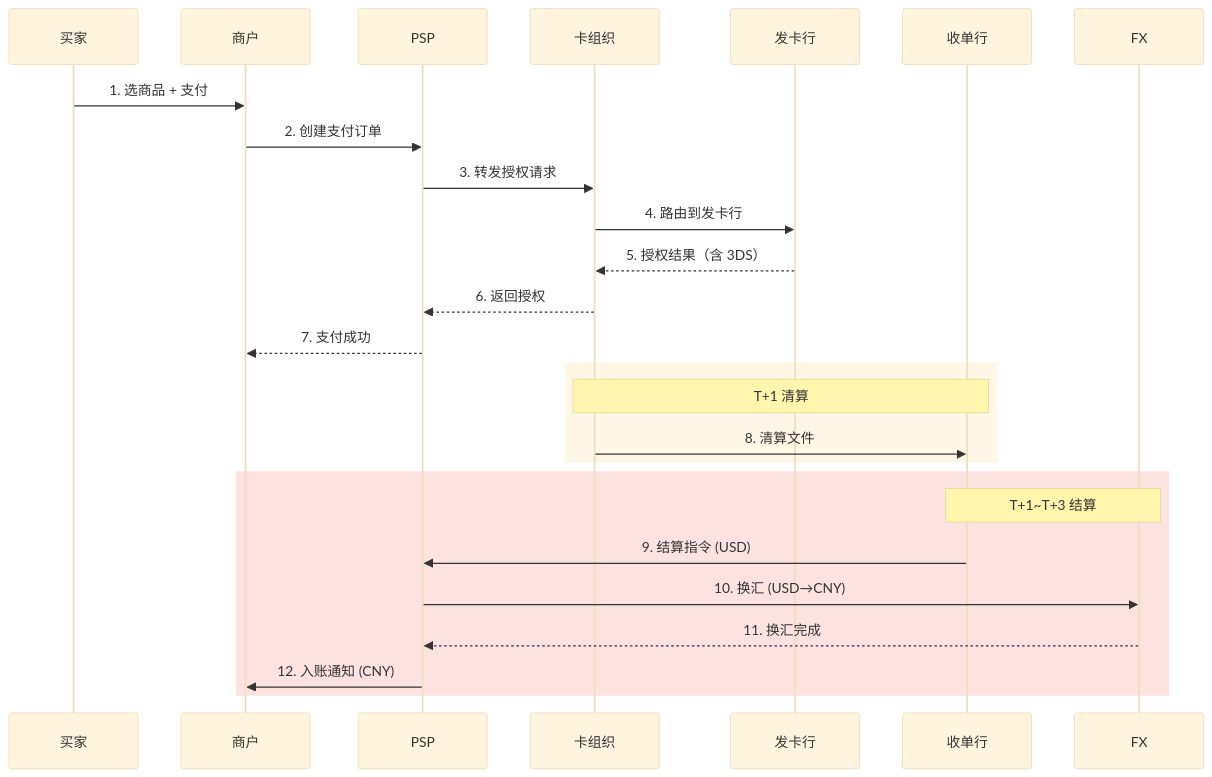
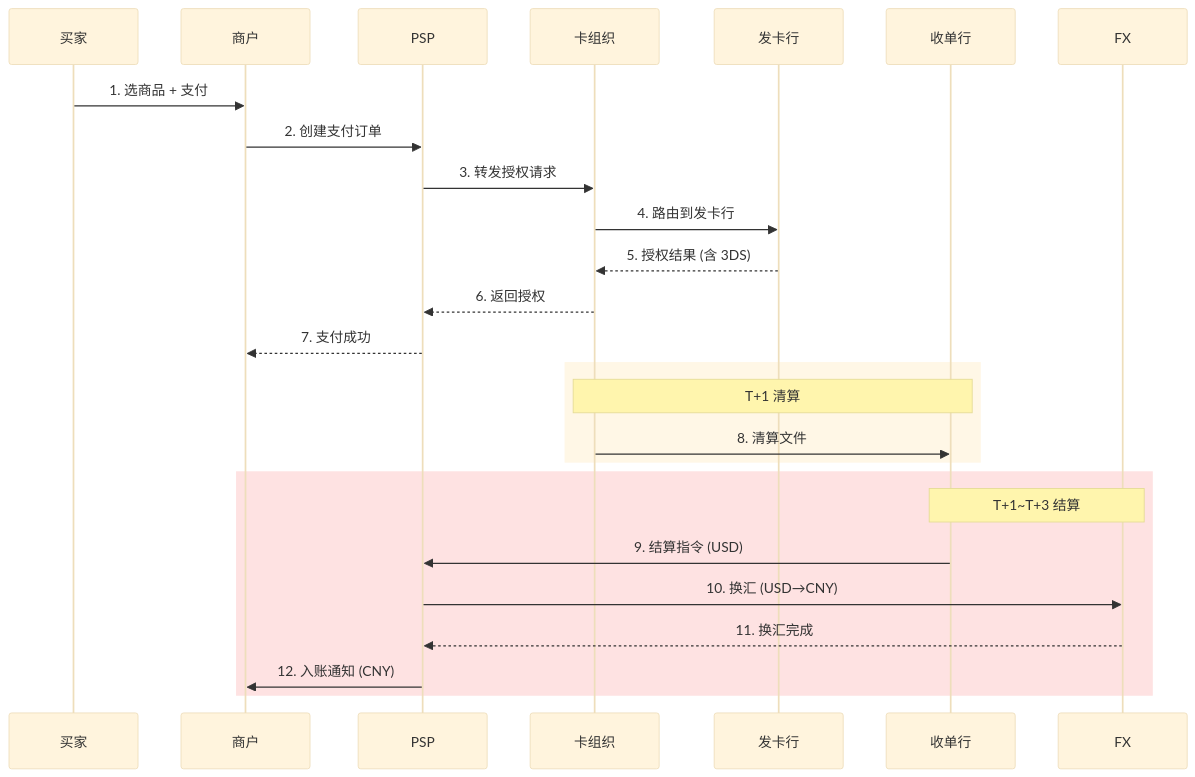
Before and after one commit to xiaobo1997/programmer-knowledge-graph: the third of 3 diagrams in docs/biz/跨境支付/清结算体系/3_跨境参与方全景与利益博弈-深度.md, drawn with Mermaid (base theme). The commit also changed 1 other file, not shown here.

Commit message:
fix(biz): 修复 3/4 篇 mermaid 时序图全角括号

````diff
--- a/docs/biz/跨境支付/清结算体系/3_跨境参与方全景与利益博弈-深度.md
+++ b/docs/biz/跨境支付/清结算体系/3_跨境参与方全景与利益博弈-深度.md
@@ -233,31 +233,31 @@
 ```mermaid
 sequenceDiagram
     participant B as 买家
     participant M as 商户
     participant P as PSP
     participant N as 卡组织
     participant I as 发卡行
     participant A as 收单行
     participant F as FX
 
     B->>M: 1. 选商品 + 支付
     M->>P: 2. 创建支付订单
     P->>N: 3. 转发授权请求
     N->>I: 4. 路由到发卡行
-    I-->>N: 5. 授权结果（含 3DS）
+    I-->>N: 5. 授权结果 (含 3DS)
     N-->>P: 6. 返回授权
     P-->>M: 7. 支付成功
 
     rect rgb(255, 247, 230)
     Note over N,A: T+1 清算
     N->>A: 8. 清算文件
     end
 
     rect rgb(254, 226, 226)
     Note over A,F: T+1~T+3 结算
     A->>P: 9. 结算指令 (USD)
     P->>F: 10. 换汇 (USD→CNY)
     F-->>P: 11. 换汇完成
     P->>M: 12. 入账通知 (CNY)
     end
 ```
````
